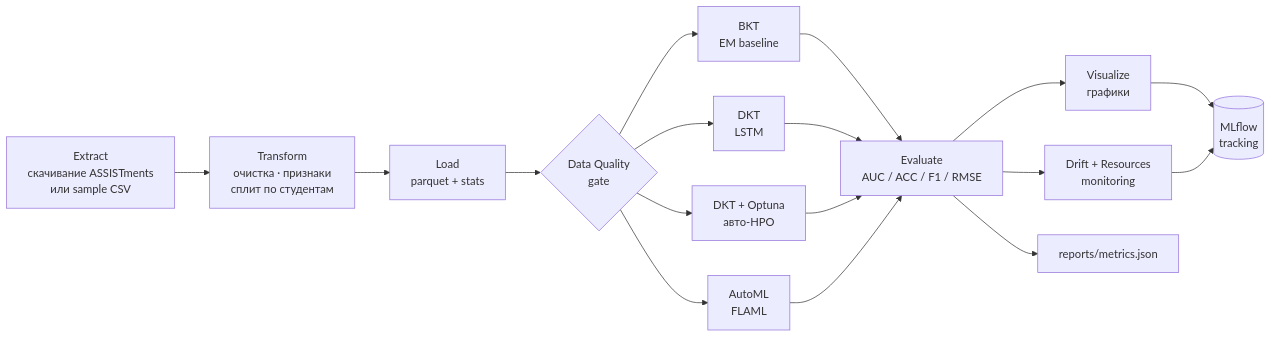
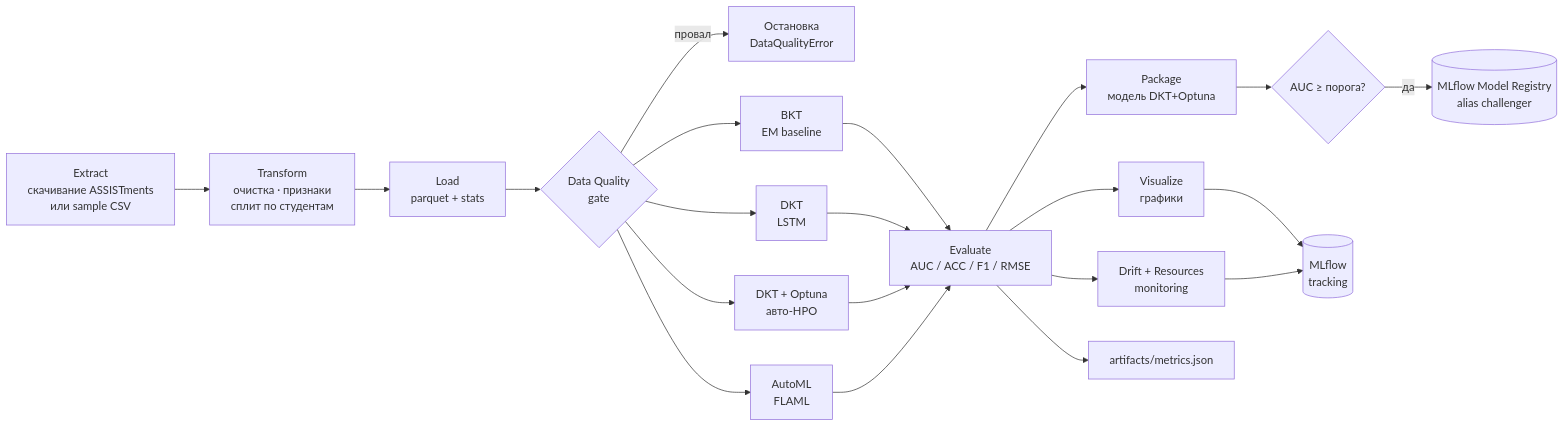
One commit to EkaterinaGrisha/knowledge-tracing-mlops changed the diagram in README.md. Above: the diagram before and after it, drawn with Mermaid. The commit also changed other lines of this file, not shown here.

First line of the commit message:
docs: update the report for the package structure, CLI and registry

````diff
--- a/README.md
+++ b/README.md
@@ -186,15 +186,19 @@
 ```mermaid
 flowchart LR
     A[Extract<br/>скачивание ASSISTments<br/>или sample CSV] --> B[Transform<br/>очистка · признаки<br/>сплит по студентам]
     B --> C[Load<br/>parquet + stats]
     C --> DQ{Data Quality<br/>gate}
+    DQ -- провал --> X[Остановка<br/>DataQualityError]
     DQ --> D[BKT<br/>EM baseline]
     DQ --> E[DKT<br/>LSTM]
     DQ --> F[DKT + Optuna<br/>авто-HPO]
     DQ --> G[AutoML<br/>FLAML]
     D & E & F & G --> H[Evaluate<br/>AUC / ACC / F1 / RMSE]
     H --> I[Visualize<br/>графики]
     H --> J[Drift + Resources<br/>monitoring]
+    H --> P[Package<br/>модель DKT+Optuna]
+    P --> R{AUC ≥ порога?}
+    R -- да --> M[(MLflow Model Registry<br/>alias challenger)]
     I & J --> K[(MLflow<br/>tracking)]
-    H --> L[reports/metrics.json]
+    H --> L[artifacts/metrics.json]
 ```
````
